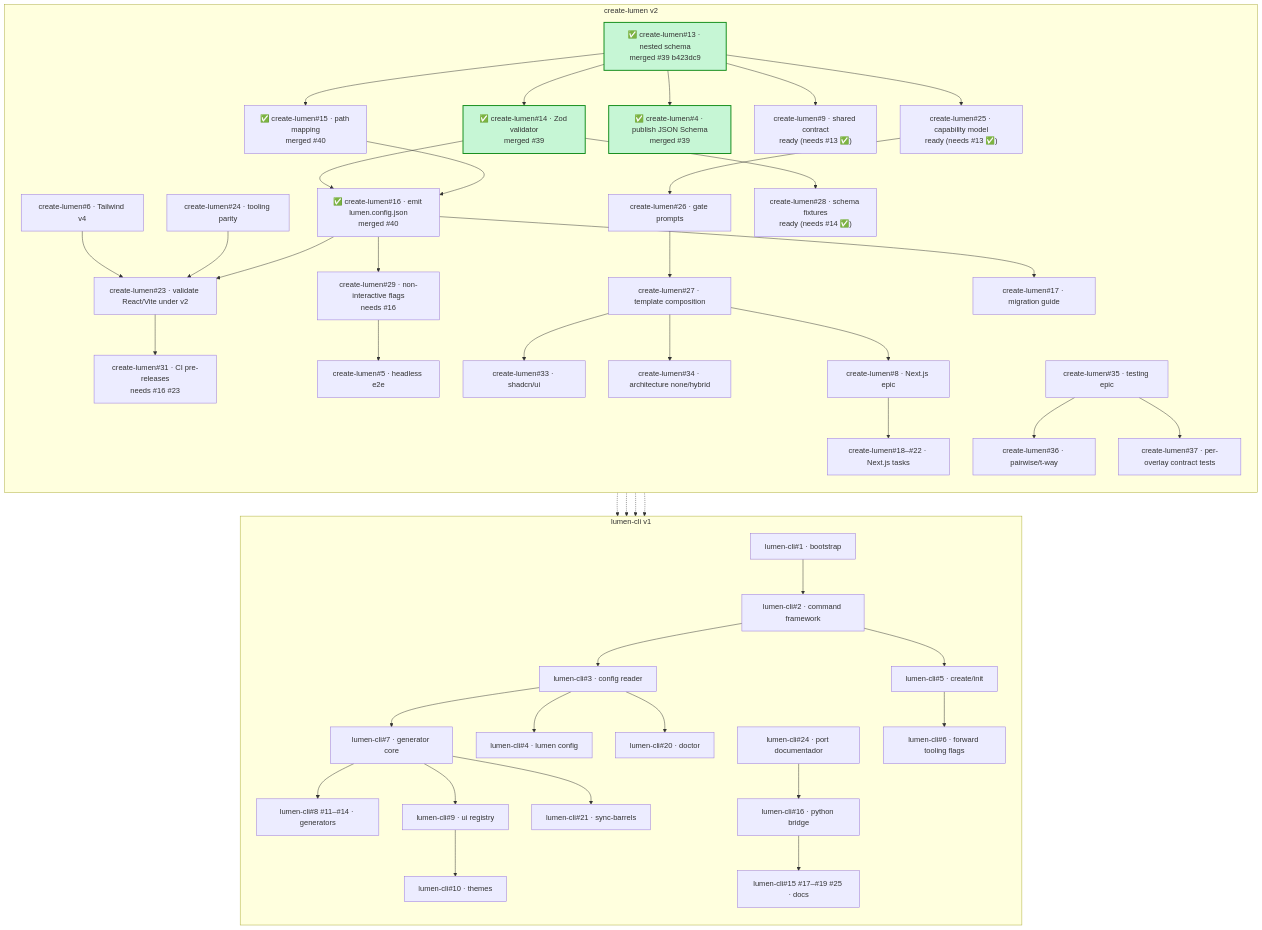
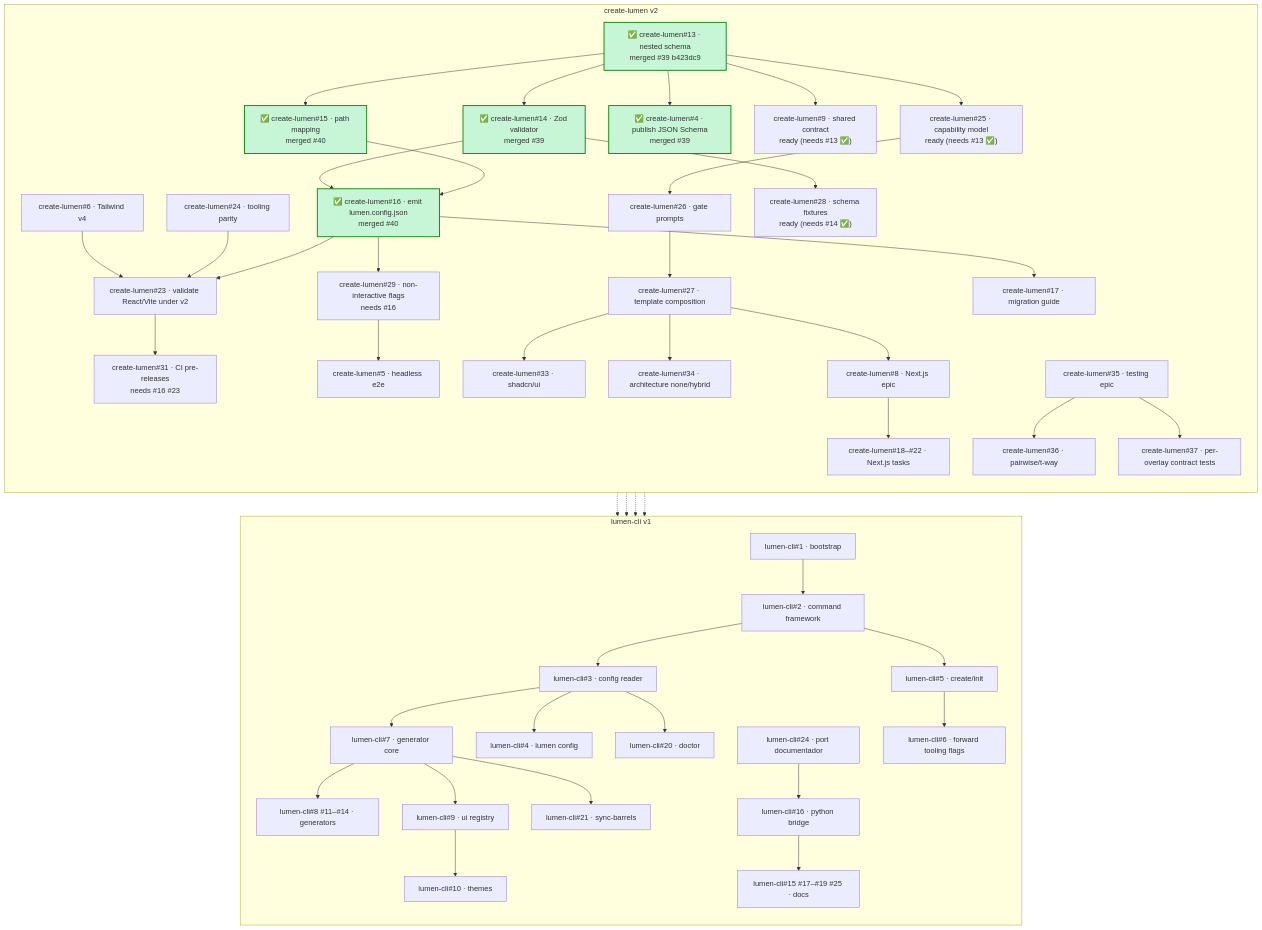
One commit to LUMEN-SH/create-lumen changed the second of 5 diagrams in docs/PLAN.md. Above: the diagram before and after it, drawn with Mermaid.

Commit message:
docs: add green fill for merged manifest nodes #15 #16 in PLAN dependency graph
Nodes create-lumen#15 and create-lumen#16 now have the same green
background (#c6f6d5) as #13 #14 #4 to reflect merged state (PR #40).

```diff
--- a/docs/PLAN.md
+++ b/docs/PLAN.md
@@ -77,6 +77,8 @@
 
         style CreateLumen13 fill:#c6f6d5,stroke:#0e8a16,stroke-width:2px
         style CreateLumen14 fill:#c6f6d5,stroke:#0e8a16,stroke-width:2px
+        style CreateLumen15 fill:#c6f6d5,stroke:#0e8a16,stroke-width:2px
+        style CreateLumen16 fill:#c6f6d5,stroke:#0e8a16,stroke-width:2px
         style CreateLumen4 fill:#c6f6d5,stroke:#0e8a16,stroke-width:2px
     end
 
```
